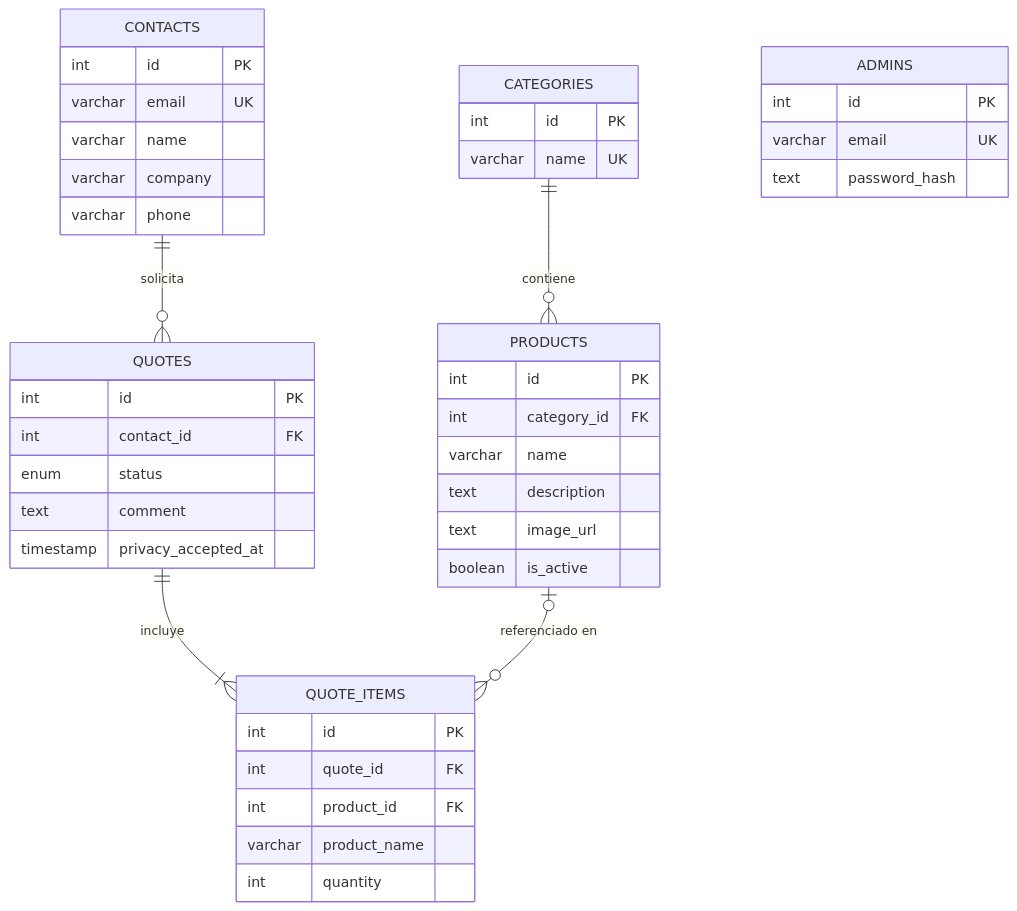
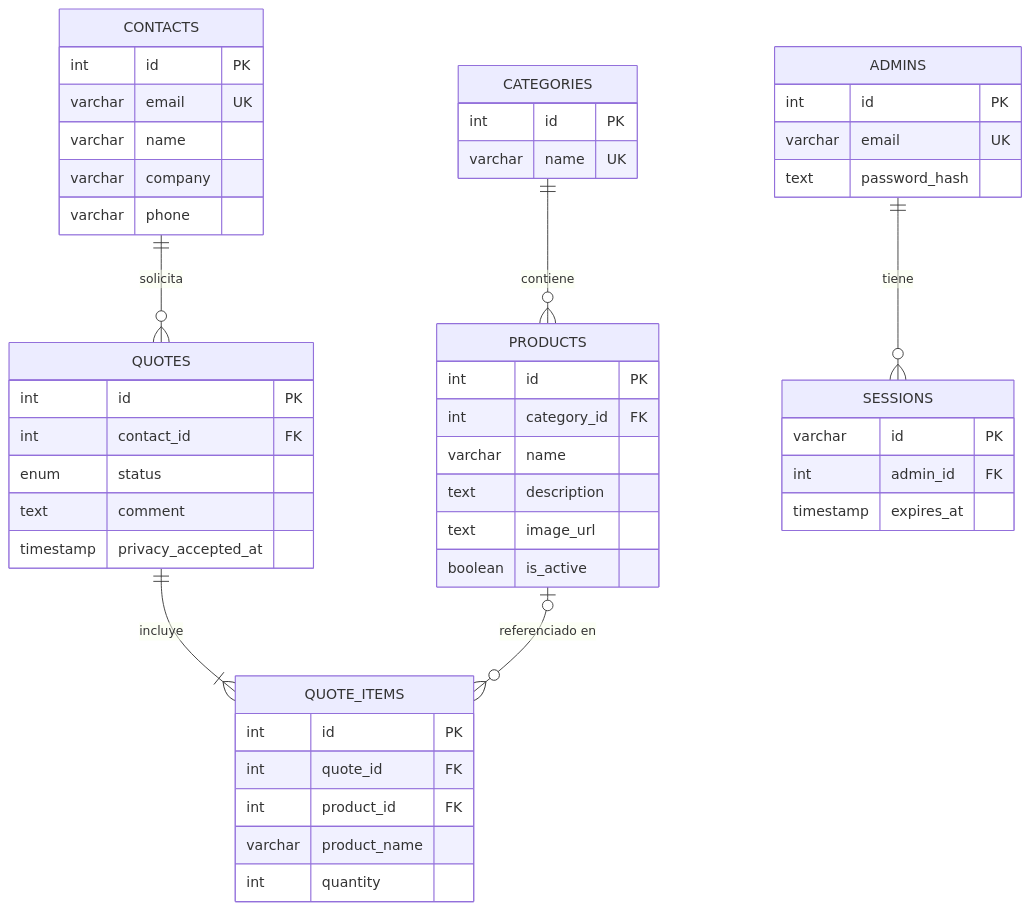
The diagram in docs/modelo-de-datos.md (ezequielmagi/quotely), drawn with Mermaid before and after one commit. The commit also changed other lines of this file and 1 other file, not shown here.

Commit message:
docs: devlog y sesiones en el modelo de datos

````diff
--- a/docs/modelo-de-datos.md
+++ b/docs/modelo-de-datos.md
@@ -5,46 +5,52 @@
 ```mermaid
 erDiagram
     CATEGORIES ||--o{ PRODUCTS : contiene
     CONTACTS ||--o{ QUOTES : solicita
     QUOTES ||--|{ QUOTE_ITEMS : incluye
     PRODUCTS |o--o{ QUOTE_ITEMS : "referenciado en"
+    ADMINS ||--o{ SESSIONS : tiene
 
     CATEGORIES {
         int id PK
         varchar name UK
     }
     PRODUCTS {
         int id PK
         int category_id FK
         varchar name
         text description
         text image_url
         boolean is_active
     }
     CONTACTS {
         int id PK
         varchar email UK
         varchar name
         varchar company
         varchar phone
     }
     QUOTES {
         int id PK
         int contact_id FK
         enum status
         text comment
         timestamp privacy_accepted_at
     }
     QUOTE_ITEMS {
         int id PK
         int quote_id FK
         int product_id FK
         varchar product_name
         int quantity
     }
     ADMINS {
         int id PK
         varchar email UK
         text password_hash
     }
+    SESSIONS {
+        varchar id PK
+        int admin_id FK
+        timestamp expires_at
+    }
 ```
````
